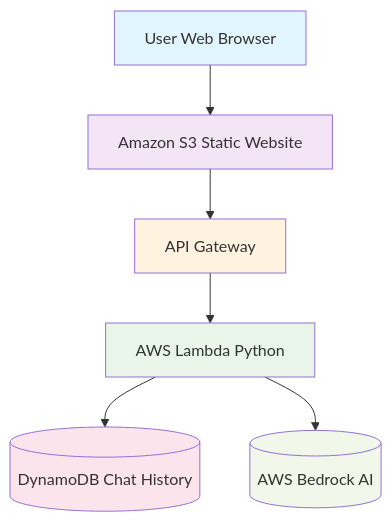
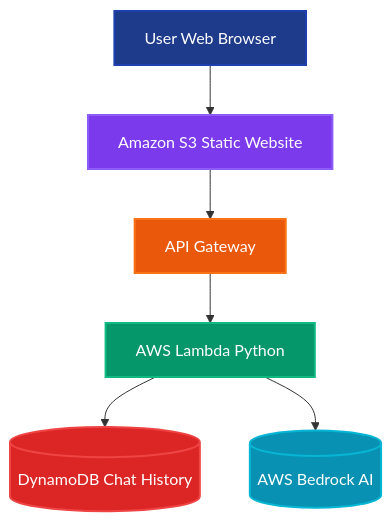
Before and after one commit to MFahim14/ChatBot: the diagram in README.md, drawn with Mermaid.

Commit message:
fixed color issue in mermaid diagram

````diff
--- a/README.md
+++ b/README.md
@@ -19,15 +19,15 @@
 ```mermaid
 graph TD
     A[User Web Browser] --> B[Amazon S3 Static Website]
     B --> C[API Gateway]
     C --> D[AWS Lambda Python]
     D --> E[(DynamoDB Chat History)]
     D --> F[(AWS Bedrock AI)]
     
-    style A fill:#e1f5fe
-    style B fill:#f3e5f5
-    style C fill:#fff3e0
-    style D fill:#e8f5e8
-    style E fill:#fce4ec
-    style F fill:#f1f8e9
+    style A fill:#1e3a8a,stroke:#1e40af,stroke-width:2px,color:#ffffff
+    style B fill:#7c3aed,stroke:#8b5cf6,stroke-width:2px,color:#ffffff
+    style C fill:#ea580c,stroke:#f97316,stroke-width:2px,color:#ffffff
+    style D fill:#059669,stroke:#10b981,stroke-width:2px,color:#ffffff
+    style E fill:#dc2626,stroke:#ef4444,stroke-width:2px,color:#ffffff
+    style F fill:#0891b2,stroke:#06b6d4,stroke-width:2px,color:#ffffff
 ```
````
